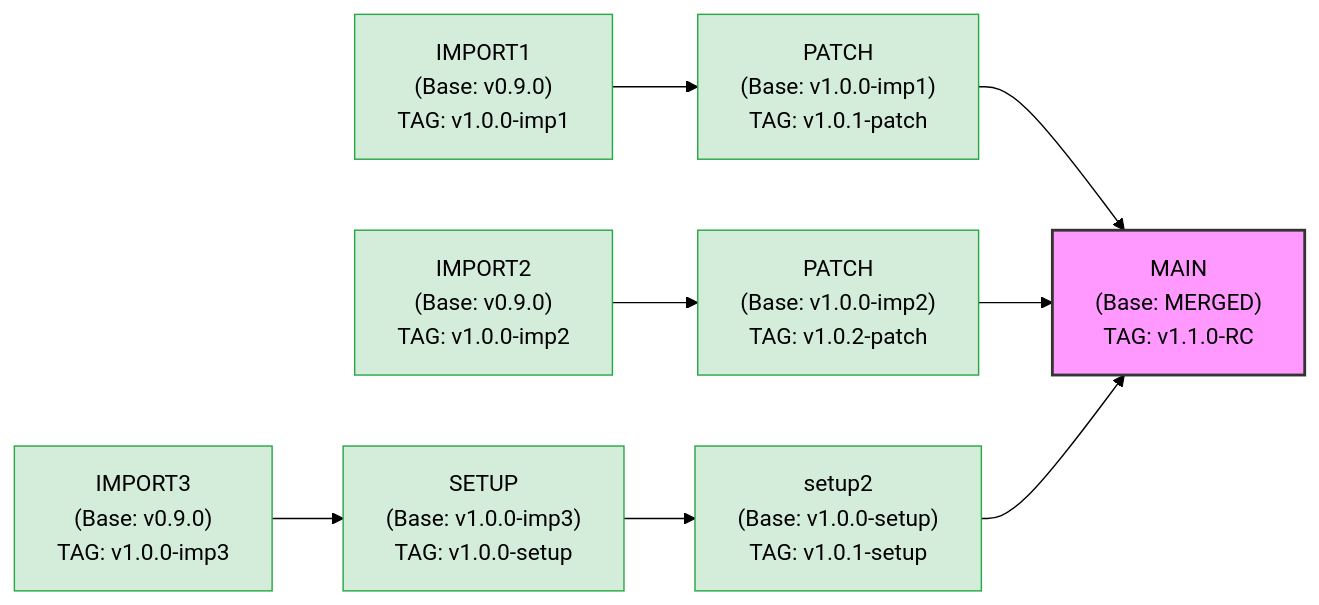
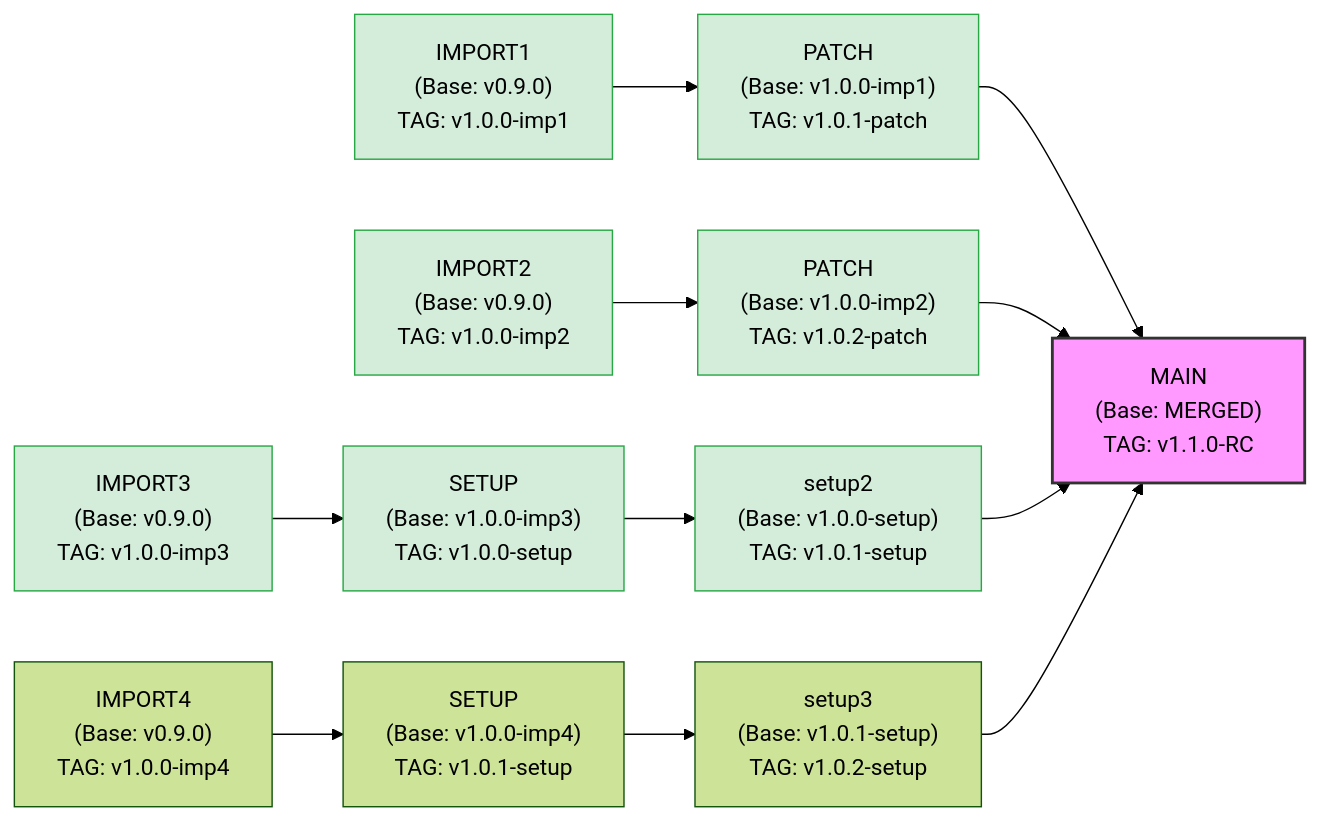
One commit to ysh1380/Releases-Board changed the diagram in WIKI.md. Above: the diagram before and after it, drawn with Mermaid (forest theme). The commit also changed other lines of this file, not shown here.

Commit message:
docs: add IMPORT4 flow to release workflows and diagram

````diff
--- a/WIKI.md
+++ b/WIKI.md
@@ -35,33 +38,41 @@
 ```mermaid
 graph LR
     %% Branch/Node Definition
     I1["IMPORT1<br/>(Base: v0.9.0)<br/>TAG: v1.0.0-imp1"]
     I2["IMPORT2<br/>(Base: v0.9.0)<br/>TAG: v1.0.0-imp2"]
     I3["IMPORT3<br/>(Base: v0.9.0)<br/>TAG: v1.0.0-imp3"]
+    I4["IMPORT4<br/>(Base: v0.9.0)<br/>TAG: v1.0.0-imp4"]
     
     P1["PATCH<br/>(Base: v1.0.0-imp1)<br/>TAG: v1.0.1-patch"]
     P2["PATCH<br/>(Base: v1.0.0-imp2)<br/>TAG: v1.0.2-patch"]
     
     S1["SETUP<br/>(Base: v1.0.0-imp3)<br/>TAG: v1.0.0-setup"]
     S2["setup2<br/>(Base: v1.0.0-setup)<br/>TAG: v1.0.1-setup"]
+    
+    S3["SETUP<br/>(Base: v1.0.0-imp4)<br/>TAG: v1.0.1-setup"]
+    S4["setup3<br/>(Base: v1.0.1-setup)<br/>TAG: v1.0.2-setup"]
     
     M["MAIN<br/>(Base: MERGED)<br/>TAG: v1.1.0-RC"]
 
     %% Flow Definitions
     I1 --> P1
     P1 --> M
     
     I2 --> P2
     P2 --> M
     
     I3 --> S1
     S1 --> S2
     S2 --> M
     
+    I4 --> S3
+    S3 --> S4
+    S4 --> M
+    
     %% Styling
     classDef main fill:#f9f,stroke:#333,stroke-width:2px;
     classDef tag fill:#d4edda,stroke:#28a745,stroke-width:1px;
     
     class M main;
     class I1,I2,I3,P1,P2,S1,S2 tag;
 ```
````
